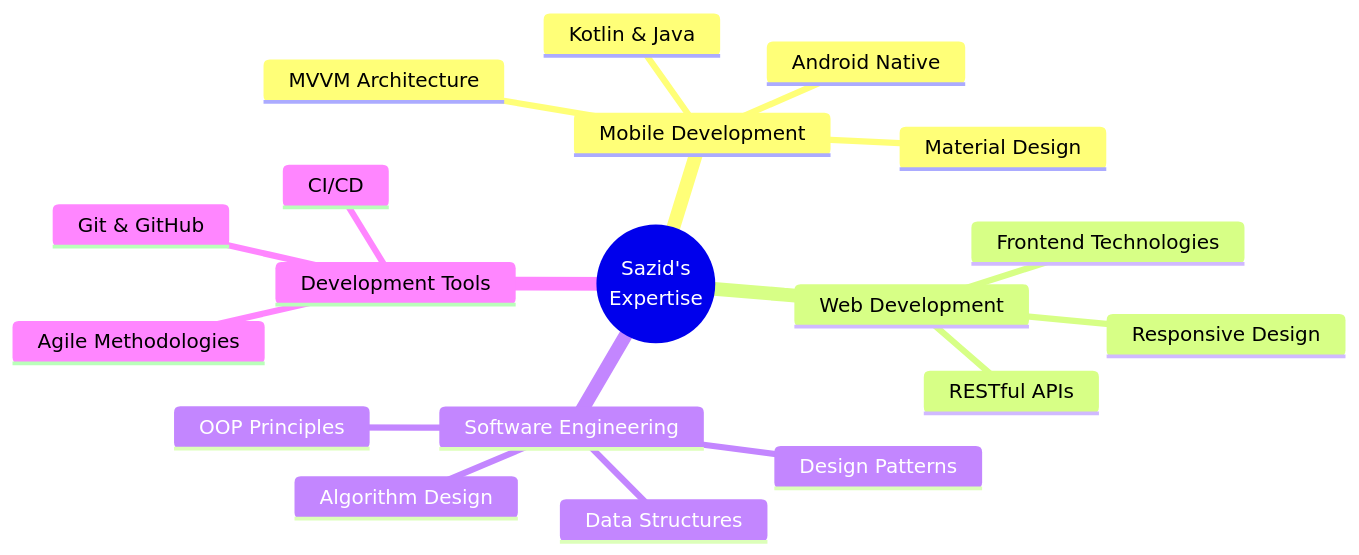
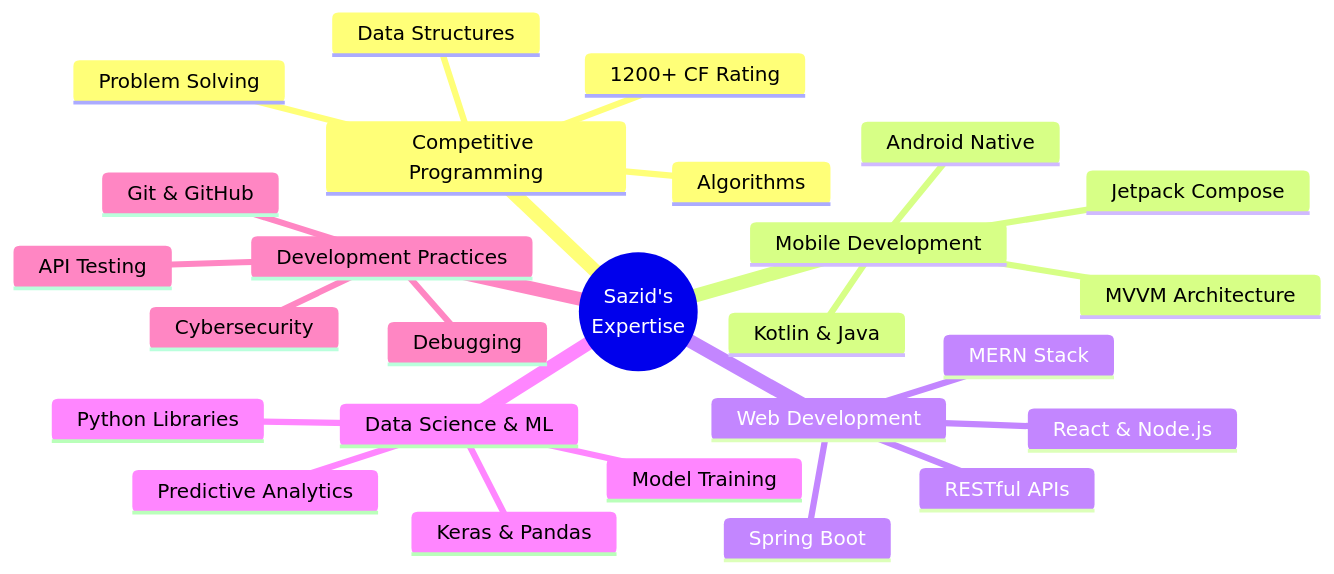
The first of 2 diagrams in README.md (sksazid01/sksazid01), drawn with Mermaid before and after one commit. The commit also changed other lines of this file and 1 other file, not shown here.

````diff
--- a/README.md
+++ b/README.md
@@ -42,22 +65,29 @@
 ```mermaid
 mindmap
   root((Sazid's<br/>Expertise))
+    Competitive Programming
+      Data Structures
+      Algorithms
+      Problem Solving
+      1200+ CF Rating
     Mobile Development
       Android Native
       Kotlin & Java
+      Jetpack Compose
       MVVM Architecture
-      Material Design
     Web Development
-      Frontend Technologies
-      Responsive Design
+      MERN Stack
+      React & Node.js
+      Spring Boot
       RESTful APIs
-    Software Engineering
-      OOP Principles
-      Design Patterns
-      Algorithm Design
-      Data Structures
-    Development Tools
+    Data Science & ML
+      Python Libraries
+      Model Training
+      Predictive Analytics
+      Keras & Pandas
+    Development Practices
       Git & GitHub
-      CI/CD
-      Agile Methodologies
+      API Testing
+      Debugging
+      Cybersecurity
 ```
````
